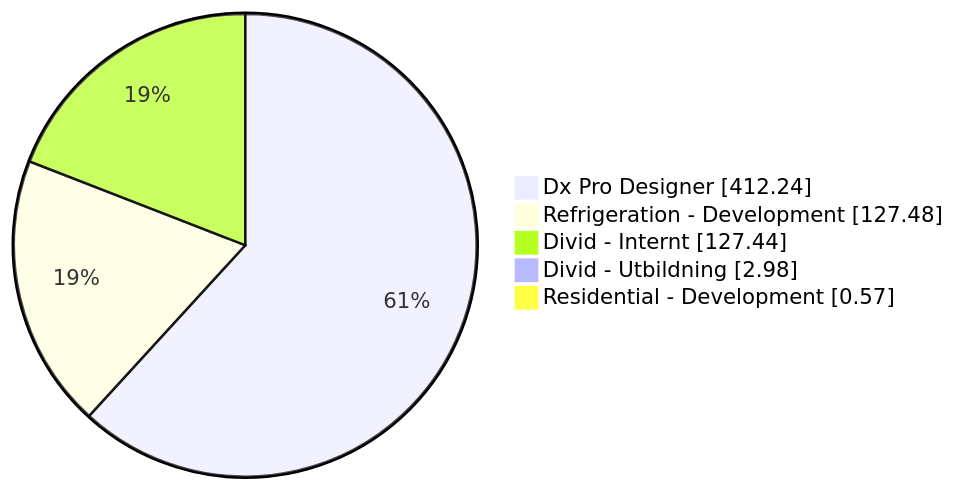
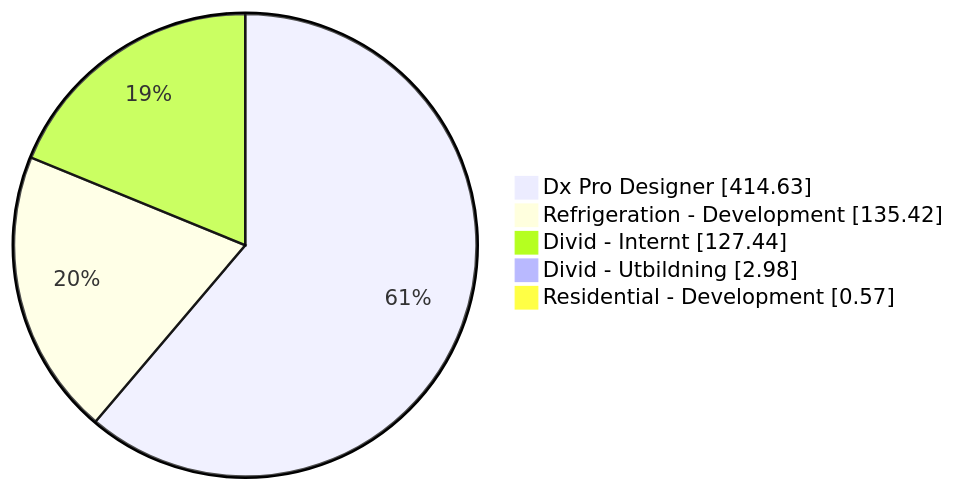
The first of 5 diagrams in README.org (albinforsberg-netizen/timeclock), drawn with Mermaid before and after one commit. The commit also changed other lines of this file, not shown here.

```diff
--- a/README.org
+++ b/README.org
@@ -32,8 +32,8 @@
 #+begin_src mermaid
 pie showData
-    "Dx Pro Designer" : 412.24
-    "Refrigeration - Development" : 127.48
+    "Dx Pro Designer" : 414.63
+    "Refrigeration - Development" : 135.42
     "Divid - Internt" : 127.44
     "Divid - Utbildning" : 2.98
     "Residential - Development" : 0.57
 #+end_src
```
